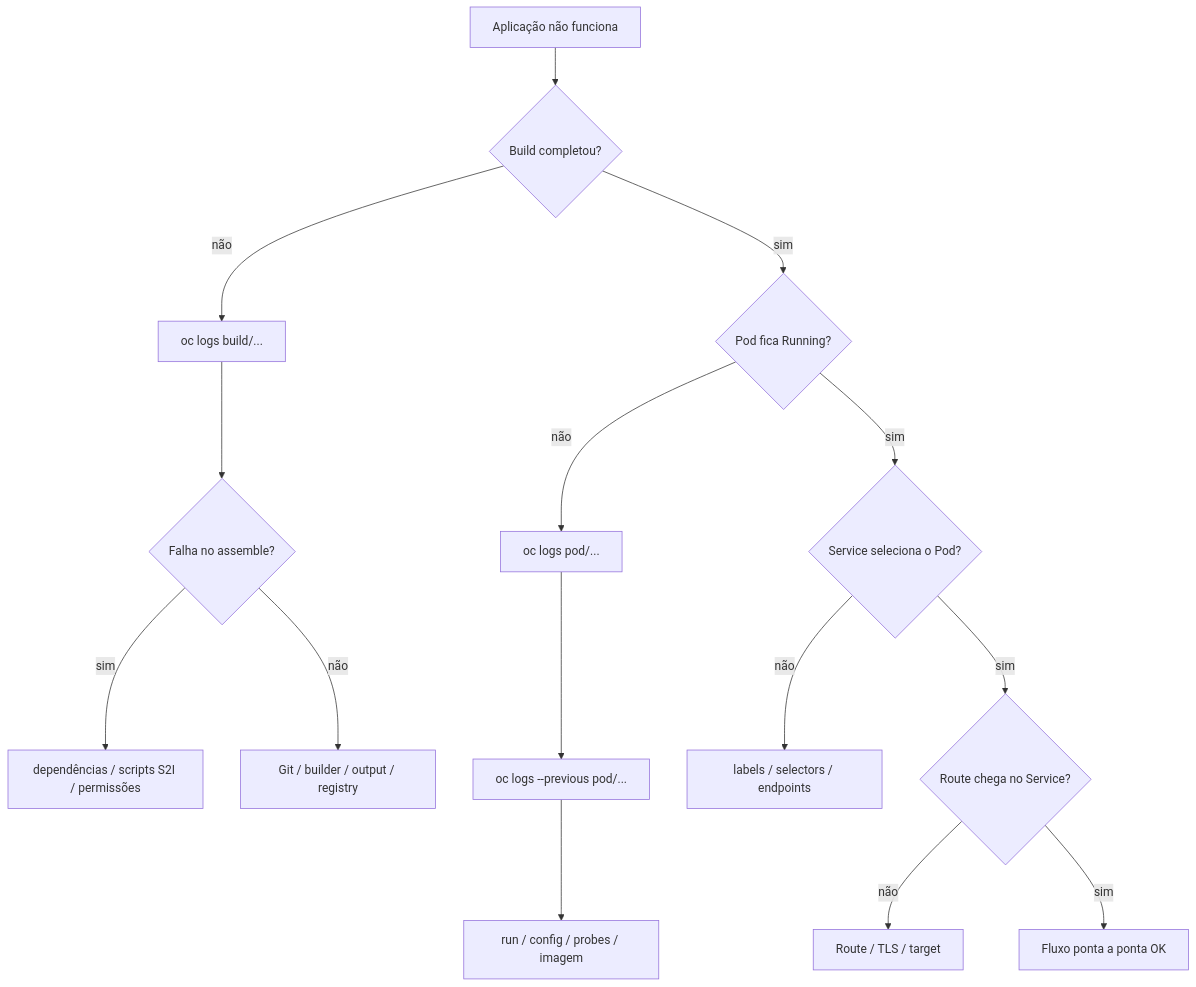
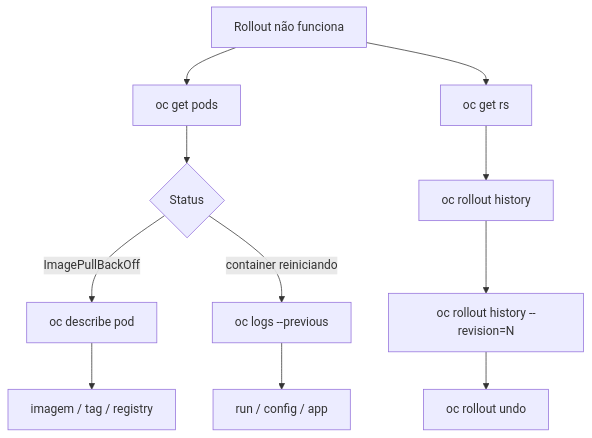
Before and after one commit to fmonticelli/ex288-labs: the eighth of 9 diagrams in mindmap/README.md, drawn with Mermaid. The commit also changed other lines of this file and 1 other file, not shown here.

````diff
--- a/mindmap/README.md
+++ b/mindmap/README.md
@@ -380,22 +376,16 @@
 ```mermaid
 flowchart TD
-    START[Aplicação não funciona] --> BUILDQ{Build completou?}
+    START[Rollout não funciona] --> PODS[oc get pods]
+    PODS --> STATUS{Status}
 
-    BUILDQ -->|não| BLOG[oc logs build/...]
-    BLOG --> ASSEMBLEQ{Falha no assemble?}
-    ASSEMBLEQ -->|sim| SOURCE[dependências / scripts S2I / permissões]
-    ASSEMBLEQ -->|não| BOTHER[Git / builder / output / registry]
+    STATUS -->|ImagePullBackOff| DESC[oc describe pod]
+    DESC --> IMAGE[imagem / tag / registry]
 
-    BUILDQ -->|sim| PODQ{Pod fica Running?}
+    STATUS -->|container reiniciando| LOGS[oc logs --previous]
+    LOGS --> RUNTIME[run / config / app]
 
-    PODQ -->|não| PLOG[oc logs pod/...]
-    PLOG --> PREV[oc logs --previous pod/...]
-    PREV --> RUNTIME[run / config / probes / imagem]
-
-    PODQ -->|sim| SVCQ{Service seleciona o Pod?}
-    SVCQ -->|não| LABELS[labels / selectors / endpoints]
-    SVCQ -->|sim| ROUTEQ{Route chega no Service?}
-
-    ROUTEQ -->|não| ROUTE[Route / TLS / target]
-    ROUTEQ -->|sim| OK[Fluxo ponta a ponta OK]
+    START --> RS[oc get rs]
+    RS --> HIST[oc rollout history]
+    HIST --> REV[oc rollout history --revision=N]
+    REV --> UNDO[oc rollout undo]
 ```
````
